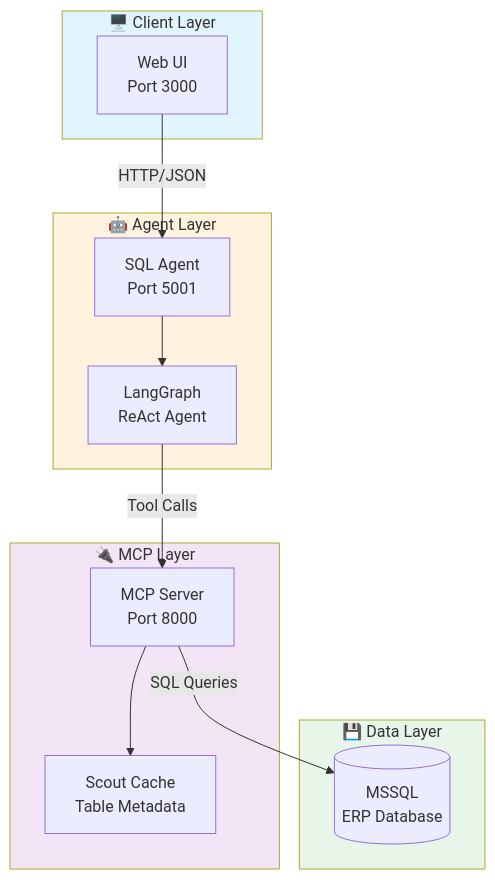
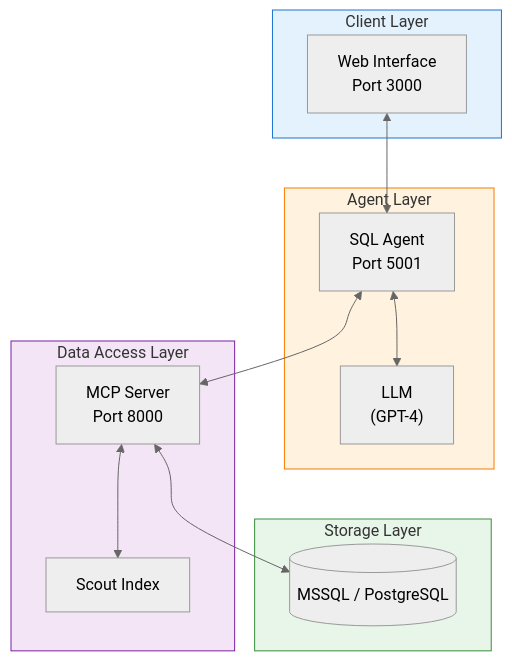
The third of 3 diagrams in README.md (julianus-kath/proactive-context-learning), drawn with Mermaid before and after one commit. The commit also changed other lines of this file and 7 other files, not shown here.

````diff
--- a/README.md
+++ b/README.md
@@ -55,31 +100,32 @@
 ```mermaid
+%%{init: {'theme': 'neutral', 'themeVariables': { 'background': 'transparent'}}}%%
 flowchart TB
-    subgraph Client["🖥️ Client Layer"]
-        UI[Web UI<br/>Port 3000]
+    subgraph Client["Client Layer"]
+        UI["Web Interface<br/>Port 3000"]
     end
 
-    subgraph Agent["🤖 Agent Layer"]
-        SA[SQL Agent<br/>Port 5001]
-        LG[LangGraph<br/>ReAct Agent]
+    subgraph Agent["Agent Layer"]
+        SA["SQL Agent<br/>Port 5001"]
+        LLM["LLM<br/>(GPT-4)"]
     end
 
-    subgraph MCP["🔌 MCP Layer"]
-        MS[MCP Server<br/>Port 8000]
-        SC[Scout Cache<br/>Table Metadata]
+    subgraph MCP["Data Access Layer"]
+        MS["MCP Server<br/>Port 8000"]
+        SC["Scout Index"]
     end
 
-    subgraph Data["💾 Data Layer"]
-        DB[(MSSQL<br/>ERP Database)]
+    subgraph Data["Storage Layer"]
+        DB[("MSSQL / PostgreSQL")]
     end
 
-    UI -->|HTTP/JSON| SA
-    SA --> LG
-    LG -->|Tool Calls| MS
-    MS --> SC
-    MS -->|SQL Queries| DB
+    UI <--> SA
+    SA <--> LLM
+    SA <--> MS
+    MS <--> SC
+    MS <--> DB
 
-    style Client fill:#e1f5fe
-    style Agent fill:#fff3e0
-    style MCP fill:#f3e5f5
-    style Data fill:#e8f5e9
+    style Client fill:#e3f2fd,stroke:#1976d2
+    style Agent fill:#fff3e0,stroke:#f57c00
+    style MCP fill:#f3e5f5,stroke:#7b1fa2
+    style Data fill:#e8f5e9,stroke:#388e3c
 ```
````
